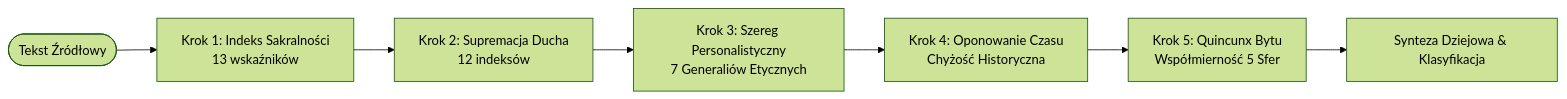
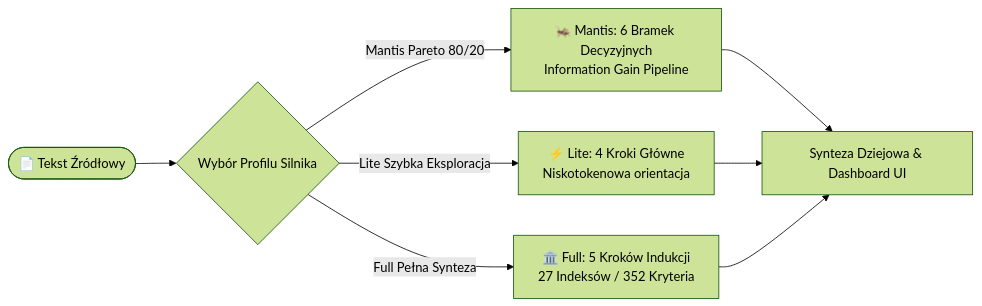
The second of 5 diagrams in DESIGN_DOC.md (Pawel-Zygler/algorytm_konecznego), drawn with Mermaid (forest theme) before and after one commit. The commit also changed other lines of this file, not shown here.

Commit message:
docs: aktualizacja DESIGN_DOC (strumień silników, 3 wersje i schema exportu)

````diff
--- a/DESIGN_DOC.md
+++ b/DESIGN_DOC.md
@@ -46,9 +46,10 @@
 ```mermaid
 flowchart LR
-    Input([Tekst Źródłowy]) --> Step1[Krok 1: Indeks Sakralności\n13 wskaźników]
-    Step1 --> Step2[Krok 2: Supremacja Ducha\n12 indeksów]
-    Step2 --> Step3[Krok 3: Szereg Personalistyczny\n7 Generaliów Etycznych]
-    Step3 --> Step4[Krok 4: Oponowanie Czasu\nChyżość Historyczna]
-    Step4 --> Step5[Krok 5: Quincunx Bytu\nWspółmierność 5 Sfer]
-    Step5 --> Synthesis[Synteza Dziejowa & Klasyfikacja]
+    Input([📄 Tekst Źródłowy]) --> ModeSelect{Wybór Profilu Silnika}
+    ModeSelect -->|Mantis Pareto 80/20| MantisFlow[🦗 Mantis: 6 Bramek Decyzyjnych\nInformation Gain Pipeline]
+    ModeSelect -->|Lite Szybka Eksploracja| LiteFlow[⚡ Lite: 4 Kroki Główne\nNiskotokenowa orientacja]
+    ModeSelect -->|Full Pełna Synteza| FullFlow[🏛️ Full: 5 Kroków Indukcji\n27 Indeksów / 352 Kryteria]
+    MantisFlow --> Synthesis[Synteza Dziejowa & Dashboard UI]
+    LiteFlow --> Synthesis
+    FullFlow --> Synthesis
 ```
````
